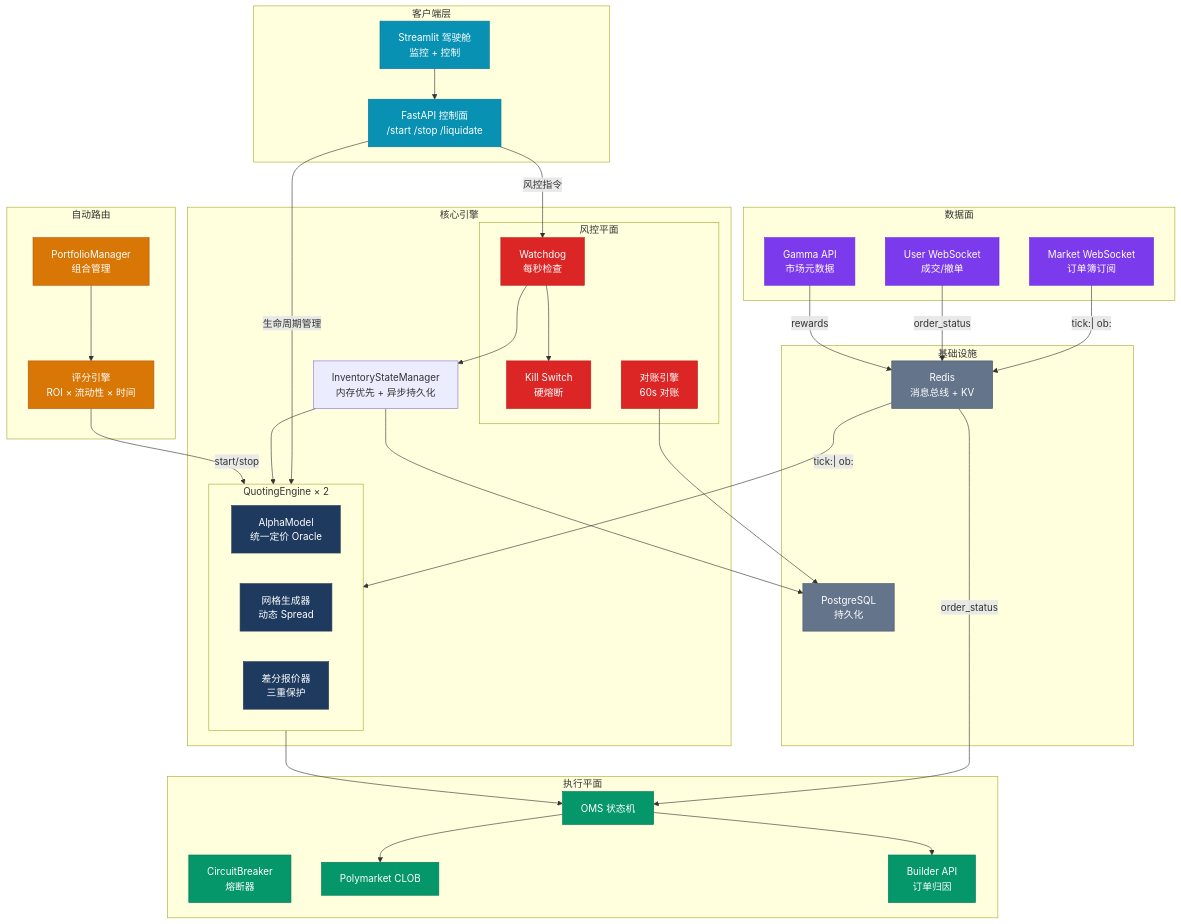
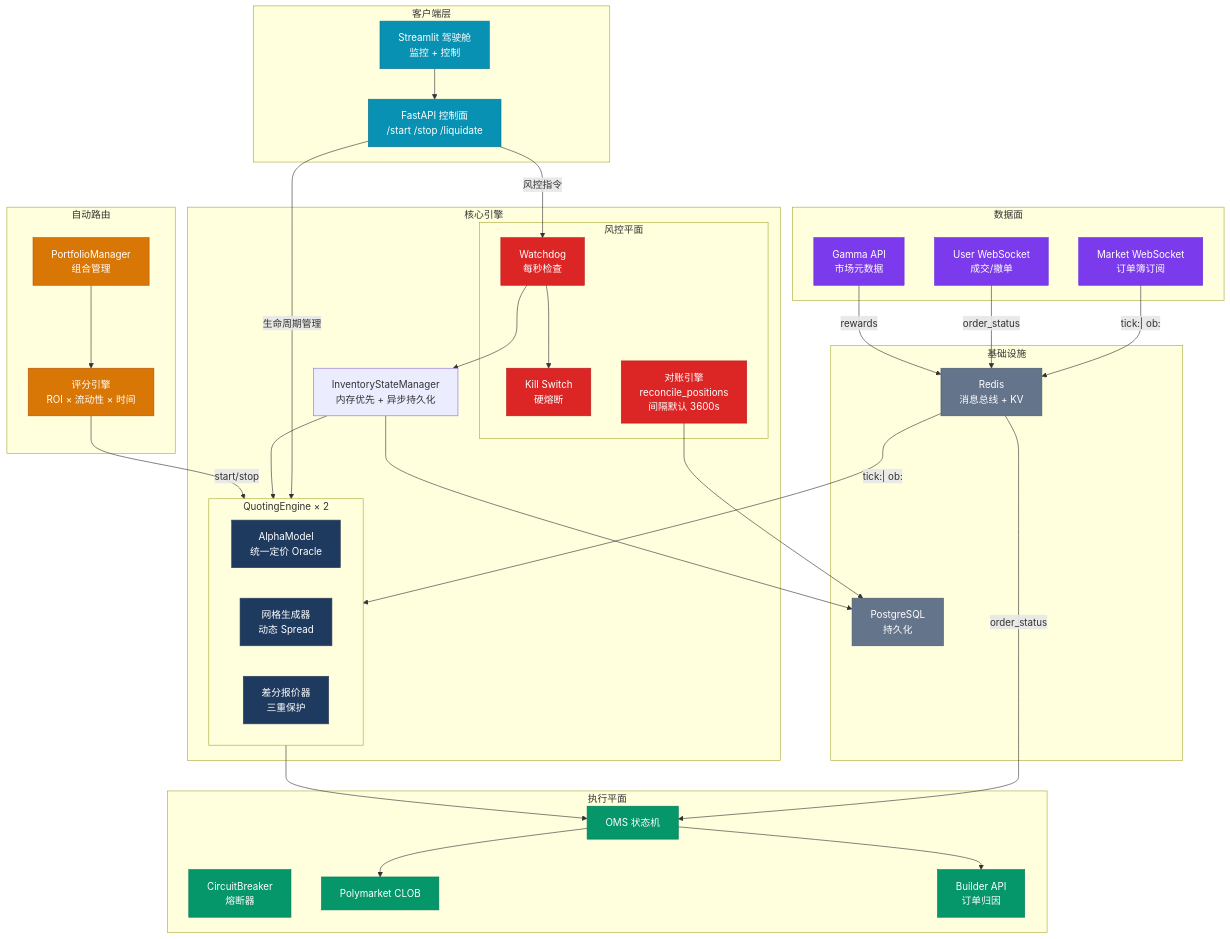
Before and after one commit to liu-kaining/PolyMatrixEngine: the first of 2 diagrams in spec/architecture_diagrams/15_system_overview.md, drawn with Mermaid. The commit also changed other lines of this file and 12 other files, not shown here.

```diff
--- a/spec/architecture_diagrams/15_system_overview.md
+++ b/spec/architecture_diagrams/15_system_overview.md
@@ -34,7 +34,7 @@
         subgraph Risk["风控平面"]
             Watchdog["Watchdog<br/>每秒检查"]
             KillSwitch["Kill Switch<br/>硬熔断"]
-            Reconciler["对账引擎<br/>60s 对账"]
+            Reconciler["对账引擎<br/>reconcile_positions<br/>间隔默认 3600s"]
         end
 
         InvState["InventoryStateManager<br/>内存优先 + 异步持久化"]
```
